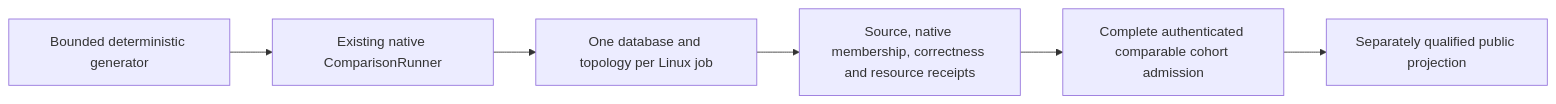
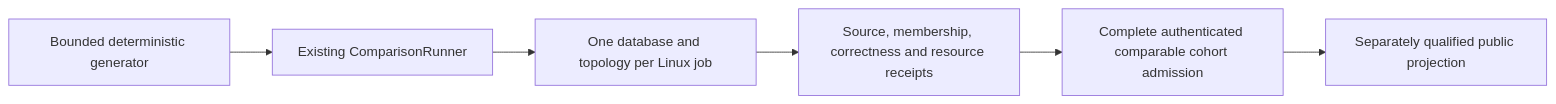
Before and after one commit to managedcode/KeyLoad: the diagram in docs/ADR/ADR-103-scaled-fair-comparisons.md, drawn with Mermaid. The commit also changed other lines of this file and 9016 other files, not shown here.

````diff
--- a/docs/ADR/ADR-103-scaled-fair-comparisons.md
+++ b/docs/ADR/ADR-103-scaled-fair-comparisons.md
@@ -20,8 +20,8 @@
 ```mermaid
 flowchart LR
-    generator[Bounded deterministic generator] --> runner[Existing native ComparisonRunner]
+    generator[Bounded deterministic generator] --> runner[Existing ComparisonRunner]
     runner --> isolated[One database and topology per Linux job]
-    isolated --> receipts[Source, native membership, correctness and resource receipts]
+    isolated --> receipts[Source, membership, correctness and resource receipts]
     receipts --> admission[Complete authenticated comparable cohort admission]
     admission --> site[Separately qualified public projection]
 ```
````
